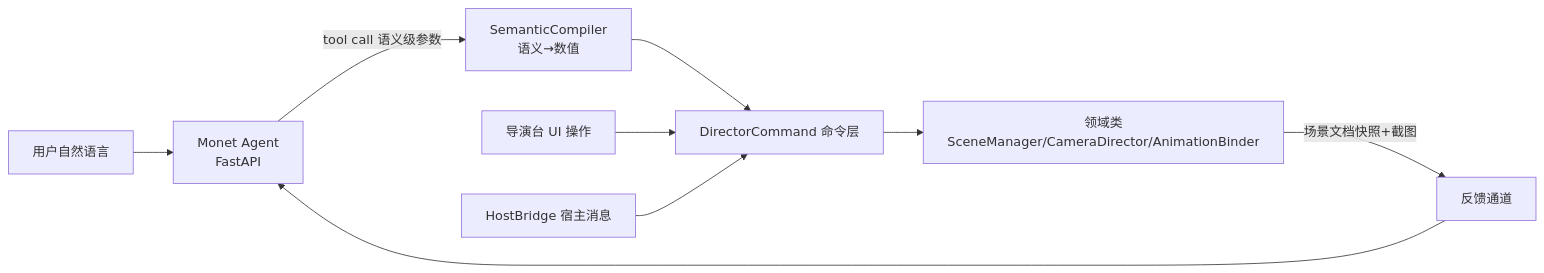
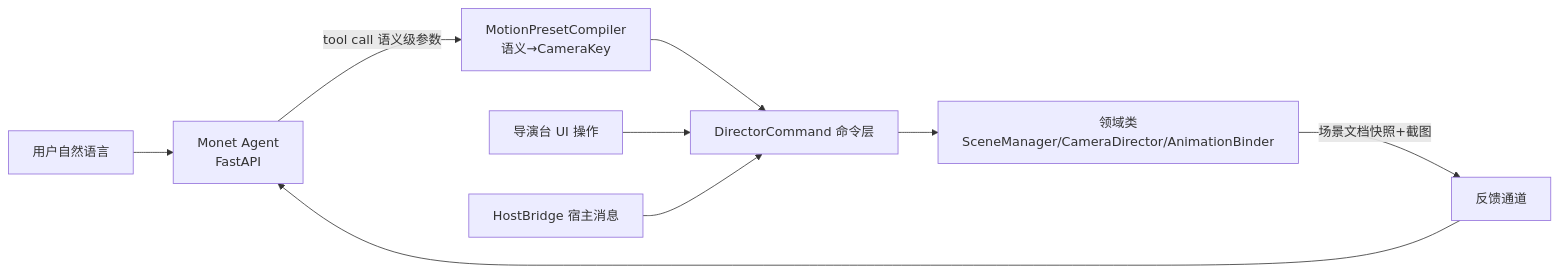
One commit to amwyygyuge/3d-director-desk changed the first of 2 diagrams in docs/ai-control.md. Above: the diagram before and after it, drawn with Mermaid. The commit also changed other lines of this file and 57 other files, not shown here.

````diff
--- a/docs/ai-control.md
+++ b/docs/ai-control.md
@@ -19,11 +19,11 @@
 ```mermaid
 flowchart LR
     U[用户自然语言] --> A[Monet Agent<br/>FastAPI]
-    A -->|tool call 语义级参数| SC[SemanticCompiler<br/>语义→数值]
+    A -->|tool call 语义级参数| SC[MotionPresetCompiler<br/>语义→CameraKey]
     SC --> CMD[DirectorCommand 命令层]
     UI[导演台 UI 操作] --> CMD
     HB[HostBridge 宿主消息] --> CMD
     CMD --> DOM[领域类<br/>SceneManager/CameraDirector/AnimationBinder]
     DOM -->|场景文档快照+截图| FB[反馈通道]
     FB --> A
 ```
````
